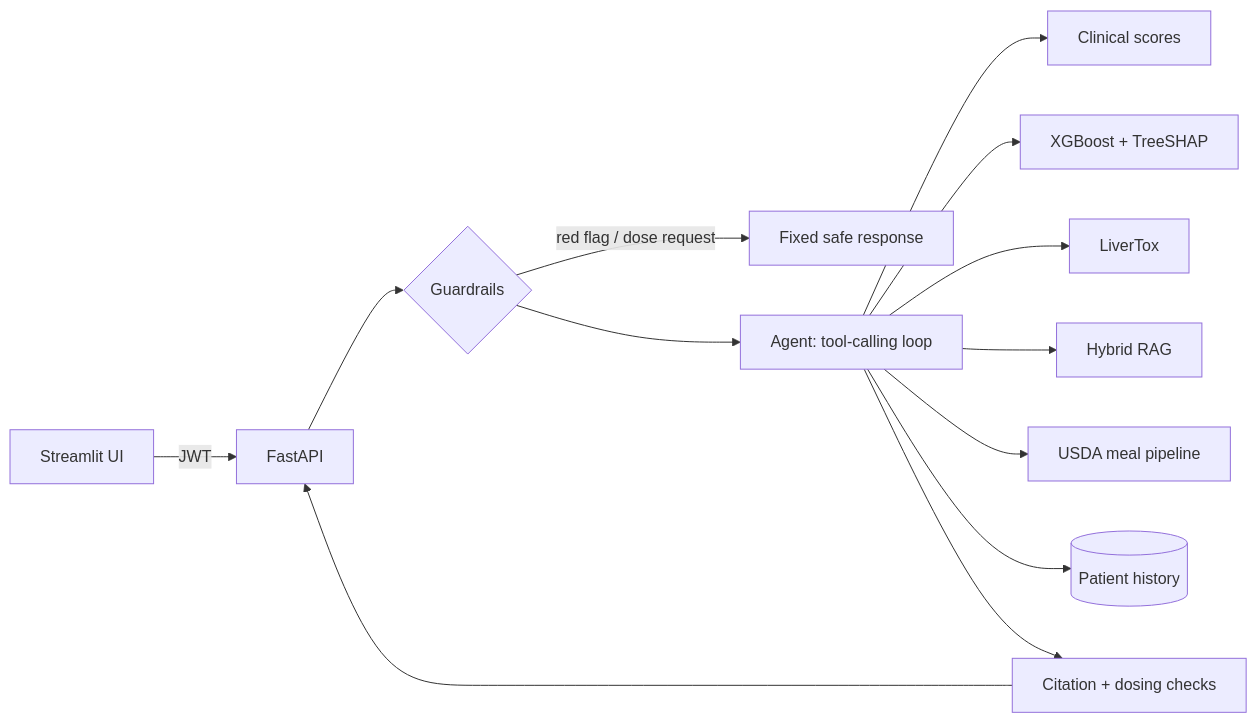
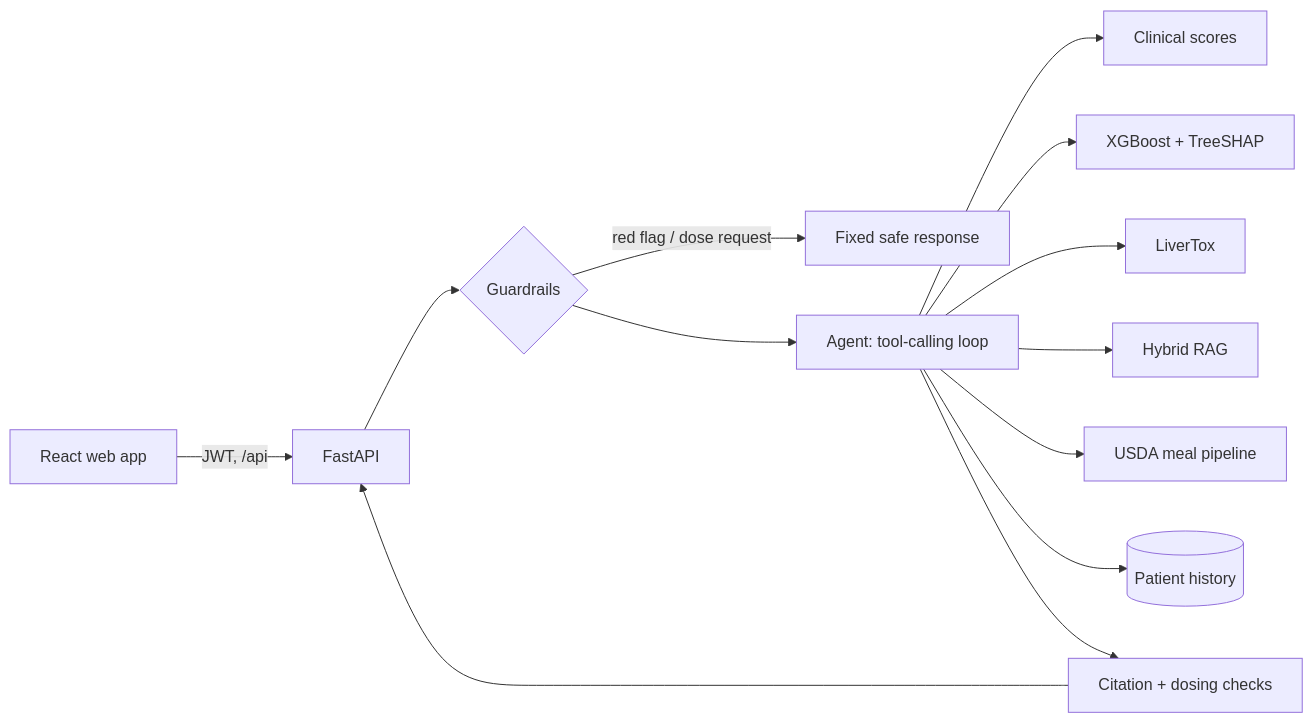
Before and after one commit to akhilll0305/liverbuddy: the diagram in README.md, drawn with Mermaid. The commit also changed other lines of this file and 1 other file, not shown here.

Commit message:
docs: add screenshots and update setup for the React web app

````diff
--- a/README.md
+++ b/README.md
@@ -44,9 +54,9 @@
 ```mermaid
 flowchart LR
-    UI[Streamlit UI] -->|JWT| API[FastAPI]
+    UI[React web app] -->|JWT, /api| API[FastAPI]
     API --> G{Guardrails}
     G -->|red flag / dose request| FIX[Fixed safe response]
     G --> AG[Agent: tool-calling loop]
     AG --> S[Clinical scores] & M[XGBoost + TreeSHAP] & D[LiverTox] & R[Hybrid RAG] & N[USDA meal pipeline] & H[(Patient history)]
     AG --> C[Citation + dosing checks] --> API
 ```
````
